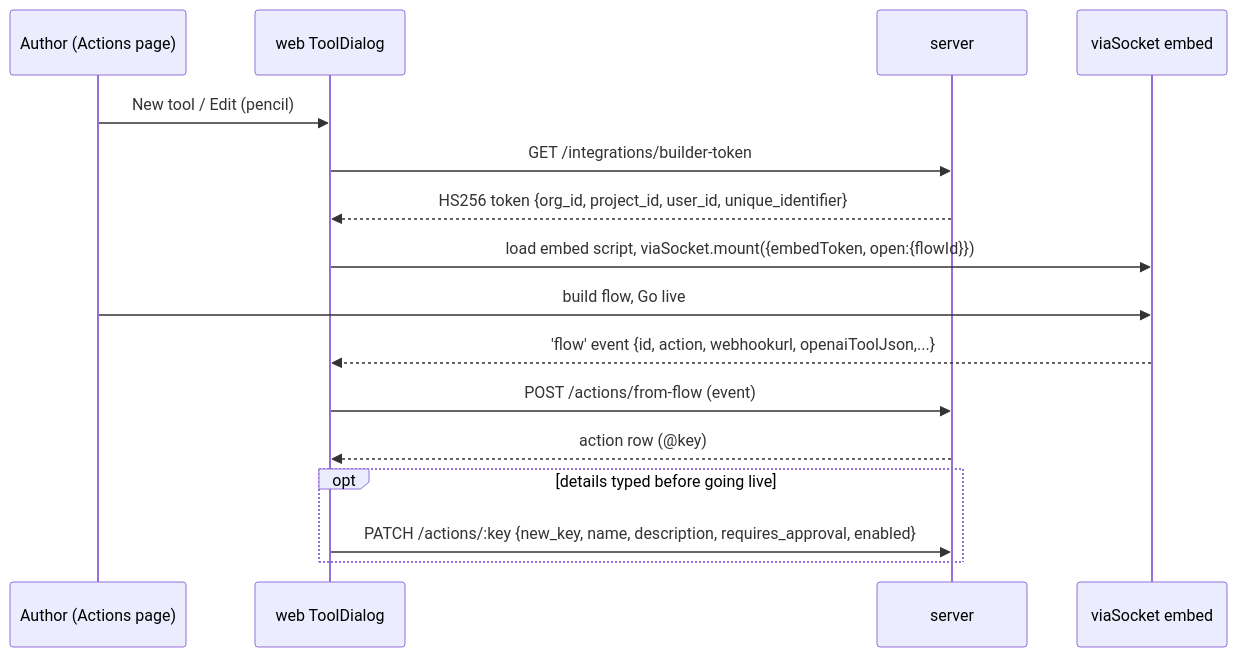
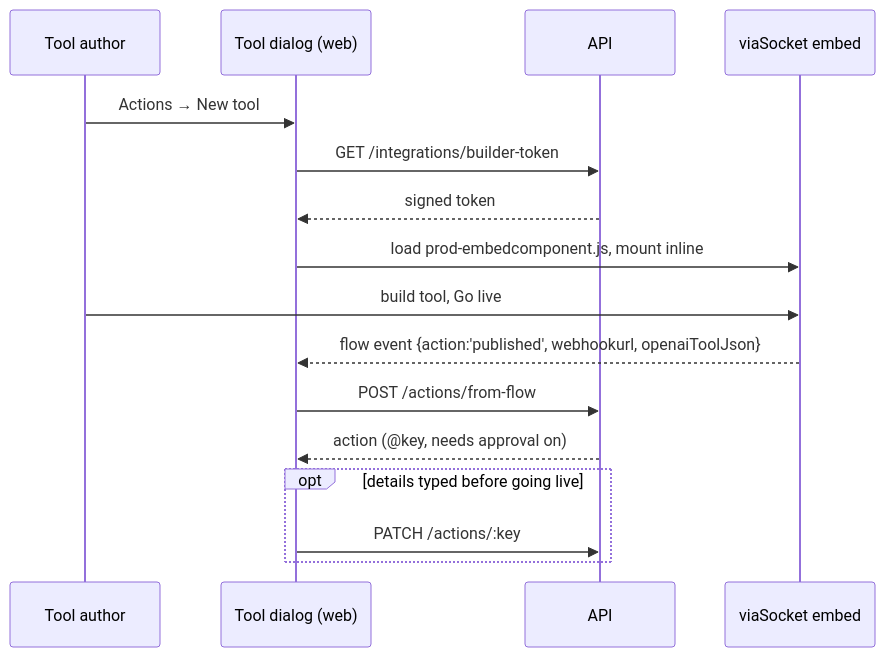
The fifth of 9 diagrams in docs/FUNCTIONAL_DOCUMENTATION.md (punit-walkover/workflow-poc-agentic), drawn with Mermaid before and after one commit. The commit also changed other lines of this file and 3 other files, not shown here.

````diff
--- a/docs/FUNCTIONAL_DOCUMENTATION.md
+++ b/docs/FUNCTIONAL_DOCUMENTATION.md
@@ -590,18 +625,18 @@
 ```mermaid
 sequenceDiagram
-  participant A as Author (Actions page)
-  participant W as web ToolDialog
-  participant S as server
-  participant V as viaSocket embed
-  A->>W: New tool / Edit (pencil)
-  W->>S: GET /integrations/builder-token
-  S-->>W: HS256 token {org_id, project_id, user_id, unique_identifier}
-  W->>V: load embed script, viaSocket.mount({embedToken, open:{flowId}})
-  A->>V: build flow, Go live
-  V-->>W: 'flow' event {id, action, webhookurl, openaiToolJson,...}
-  W->>S: POST /actions/from-flow (event)
-  S-->>W: action row (@key)
+  participant U as Tool author
+  participant W as Tool dialog (web)
+  participant API as API
+  participant VS as viaSocket embed
+  U->>W: Actions → New tool
+  W->>API: GET /integrations/builder-token
+  API-->>W: signed token
+  W->>VS: load prod-embedcomponent.js, mount inline
+  U->>VS: build tool, Go live
+  VS-->>W: flow event {action:'published', webhookurl, openaiToolJson}
+  W->>API: POST /actions/from-flow
+  API-->>W: action (@key, needs approval on)
   opt details typed before going live
-    W->>S: PATCH /actions/:key {new_key, name, description, requires_approval, enabled}
+    W->>API: PATCH /actions/:key
   end
 ```
````
